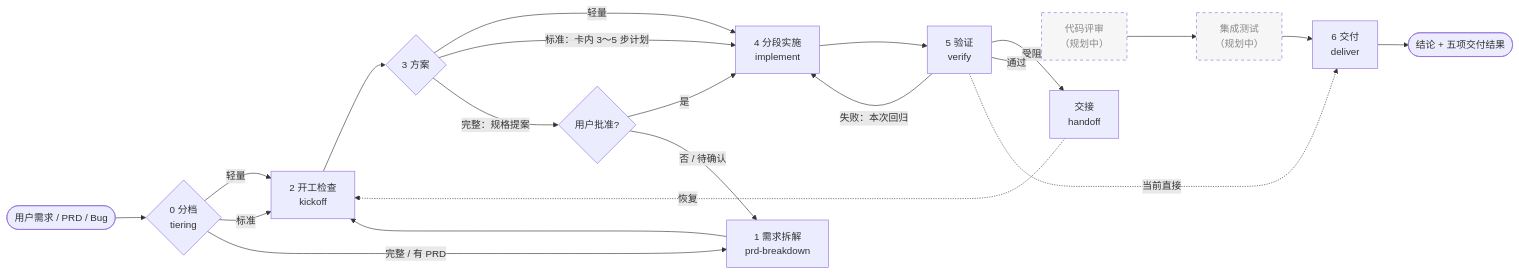
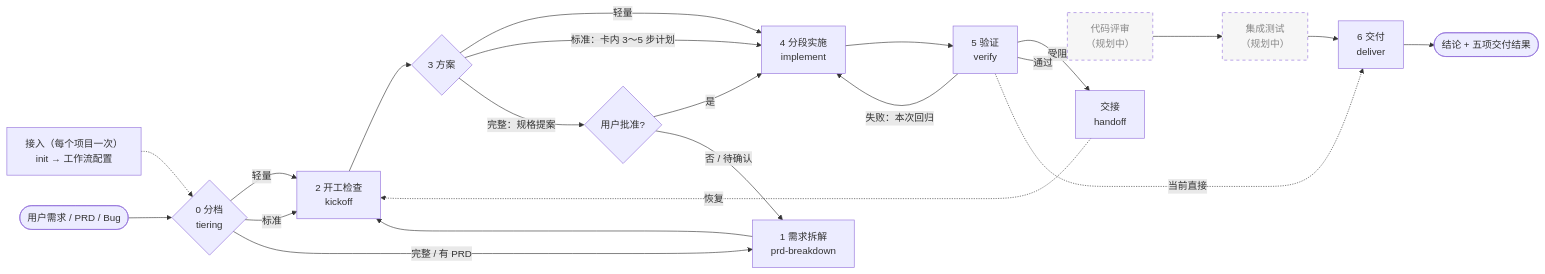
Before and after one commit to lvzhiyi/randian-ai-workflow-native: the second of 7 diagrams in README.md, drawn with Mermaid. The commit also changed other lines of this file and 6 other files, not shown here.

````diff
--- a/README.md
+++ b/README.md
@@ -51,26 +51,27 @@
 ```mermaid
 flowchart LR
+    INIT["接入（每个项目一次）<br/>init → 工作流配置"] -.-> T
     IN([用户需求 / PRD / Bug]) --> T{"0 分档<br/>tiering"}
     T -->|轻量| K
     T -->|标准| K
     T -->|完整 / 有 PRD| R["1 需求拆解<br/>prd-breakdown"]
     R --> K["2 开工检查<br/>kickoff"]
     K --> PL{"3 方案"}
     PL -->|轻量| IM
     PL -->|标准：卡内 3～5 步计划| IM
     PL -->|完整：规格提案| AP{用户批准?}
     AP -->|是| IM["4 分段实施<br/>implement"]
     AP -->|否 / 待确认| R
     IM --> V["5 验证<br/>verify"]
     V -->|失败：本次回归| IM
     V -->|受阻| H["交接<br/>handoff"]
     V -->|通过| CR["代码评审<br/>（规划中）"]
     CR --> IT["集成测试<br/>（规划中）"]
     IT --> DL["6 交付<br/>deliver"]
     V -.当前直接.-> DL
     H -.恢复.-> K
     DL --> OUT([结论 + 五项交付结果])
 
     classDef planned stroke-dasharray: 5 5,fill:#f6f6f6,color:#888;
     class CR,IT planned;
 ```
````
